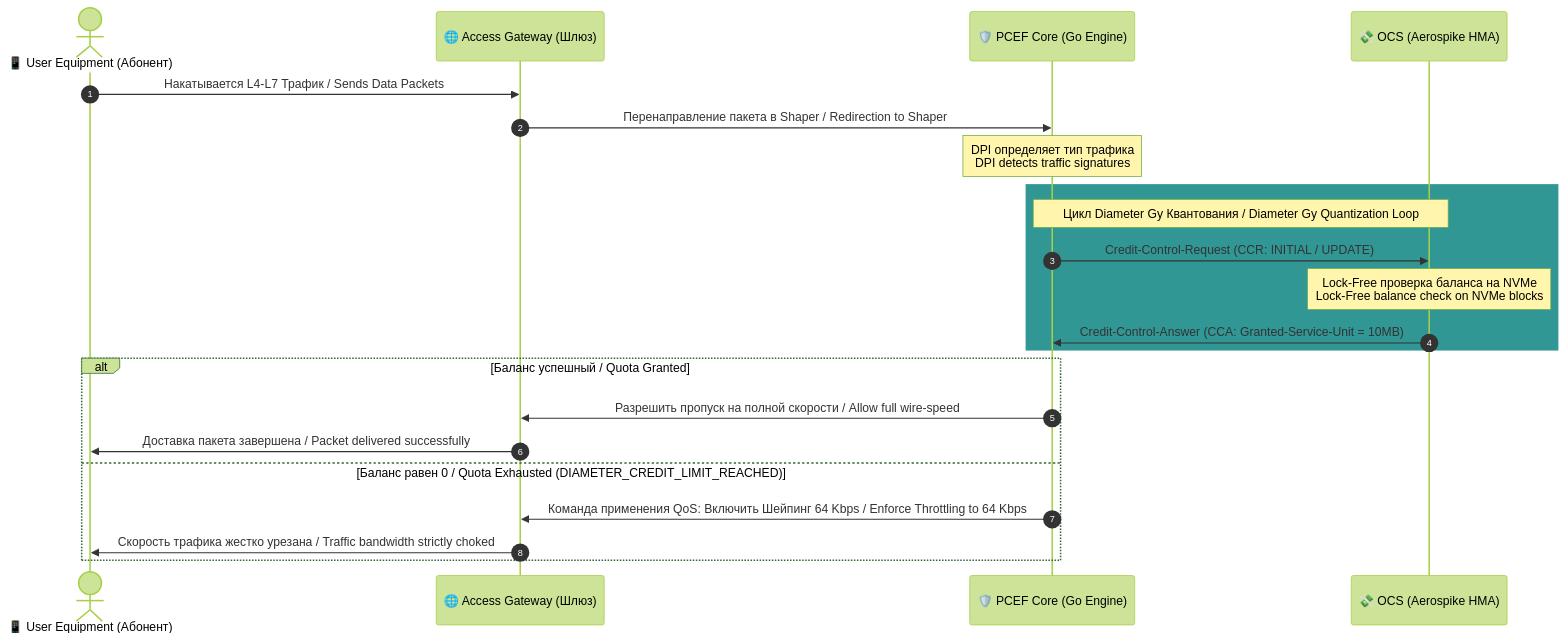
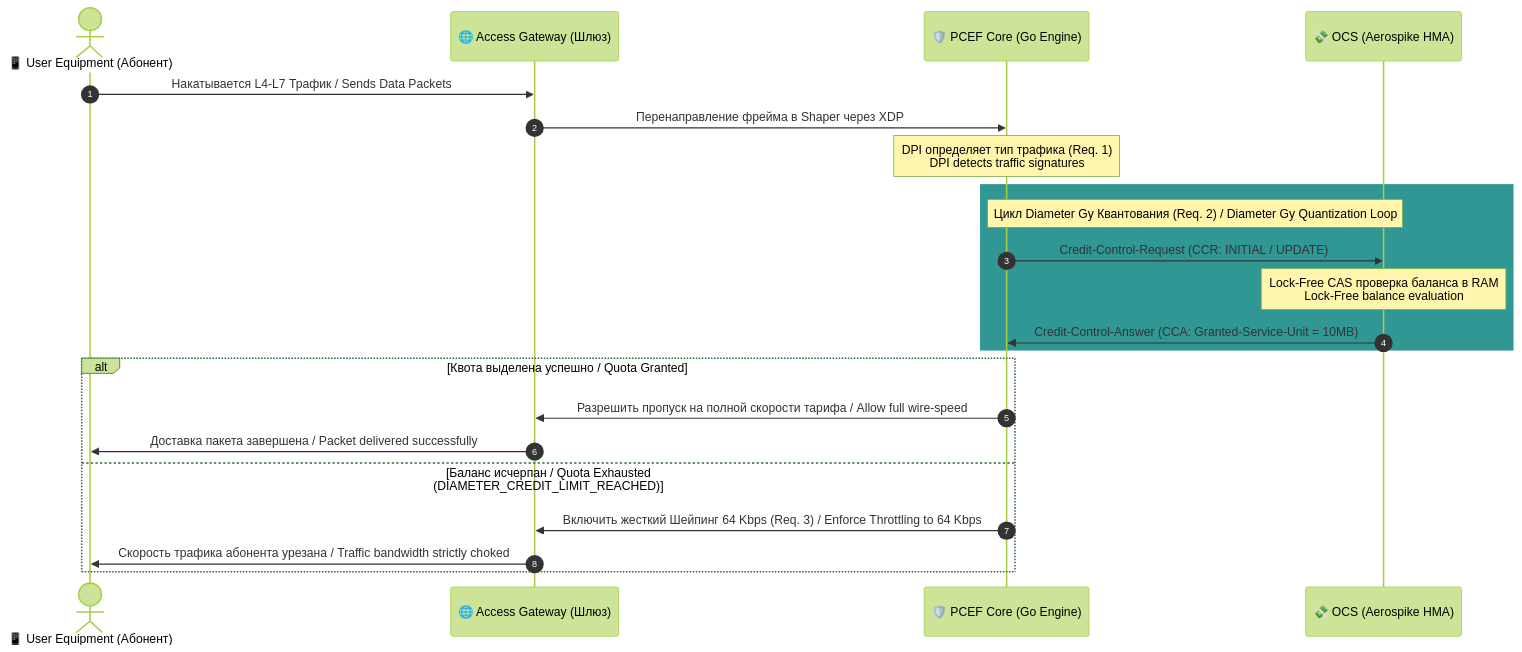
One commit to system-highload-architect/pcef-shaper-system changed the diagram in docs/specification/ocs-specification.md. Above: the diagram before and after it, drawn with Mermaid (forest theme). The commit also changed other lines of this file and 1 other file, not shown here.

Commit message:
docs: synchronized base layout, updated OCS spec, and deployed dynamic Cascade LRU srs file

````diff
--- a/docs/specification/ocs-specification.md
+++ b/docs/specification/ocs-specification.md
@@ -11,27 +11,27 @@
 ```mermaid
 sequenceDiagram
     autonumber
     actor UE as 📱 User Equipment (Абонент)
     participant GW as 🌐 Access Gateway (Шлюз)
     participant PCEF as 🛡️ PCEF Core (Go Engine)
     participant OCS as 💸 OCS (Aerospike HMA)
 
     UE->>GW: Накатывается L4-L7 Трафик / Sends Data Packets
-    GW->>PCEF: Перенаправление пакета в Shaper / Redirection to Shaper
-    Note over PCEF: DPI определяет тип трафика<br/>DPI detects traffic signatures
+    GW->>PCEF: Перенаправление фрейма в Shaper через XDP
+    Note over PCEF: DPI определяет тип трафика (Req. 1)<br/>DPI detects traffic signatures
     
     rect rgb(49, 151, 149)
-        Note over PCEF,OCS: Цикл Diameter Gy Квантования / Diameter Gy Quantization Loop
+        Note over PCEF,OCS: Цикл Diameter Gy Квантования (Req. 2) / Diameter Gy Quantization Loop
         PCEF->>OCS: Credit-Control-Request (CCR: INITIAL / UPDATE)
-        Note over OCS: Lock-Free проверка баланса на NVMe<br/>Lock-Free balance check on NVMe blocks
+        Note over OCS: Lock-Free CAS проверка баланса в RAM<br/>Lock-Free balance evaluation
         OCS->>PCEF: Credit-Control-Answer (CCA: Granted-Service-Unit = 10MB)
     end
 
-    alt Баланс успешный / Quota Granted
-        PCEF->>GW: Разрешить пропуск на полной скорости / Allow full wire-speed
+    alt Квота выделена успешно / Quota Granted
+        PCEF->>GW: Разрешить пропуск на полной скорости тарифа / Allow full wire-speed
         GW->>UE: Доставка пакета завершена / Packet delivered successfully
-    else Баланс равен 0 / Quota Exhausted (DIAMETER_CREDIT_LIMIT_REACHED)
-        PCEF->>GW: Команда применения QoS: Включить Шейпинг 64 Kbps / Enforce Throttling to 64 Kbps
-        GW->>UE: Скорость трафика жестко урезана / Traffic bandwidth strictly choked
+    else Баланс исчерпан / Quota Exhausted (DIAMETER_CREDIT_LIMIT_REACHED)
+        PCEF->>GW: Включить жесткий Шейпинг 64 Kbps (Req. 3) / Enforce Throttling to 64 Kbps
+        GW->>UE: Скорость трафика абонента урезана / Traffic bandwidth strictly choked
     end
 ```
````
